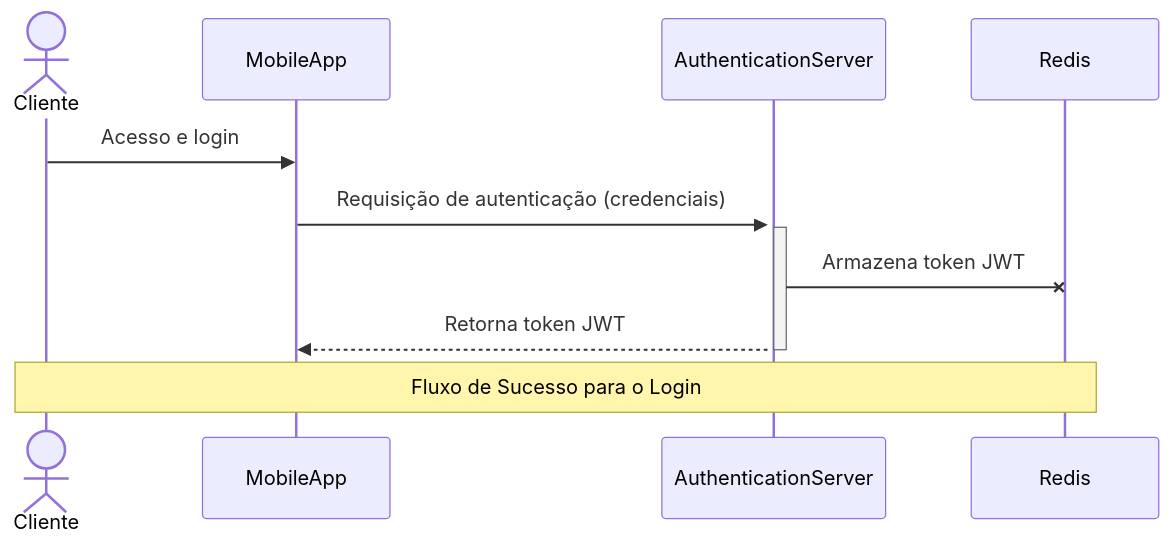
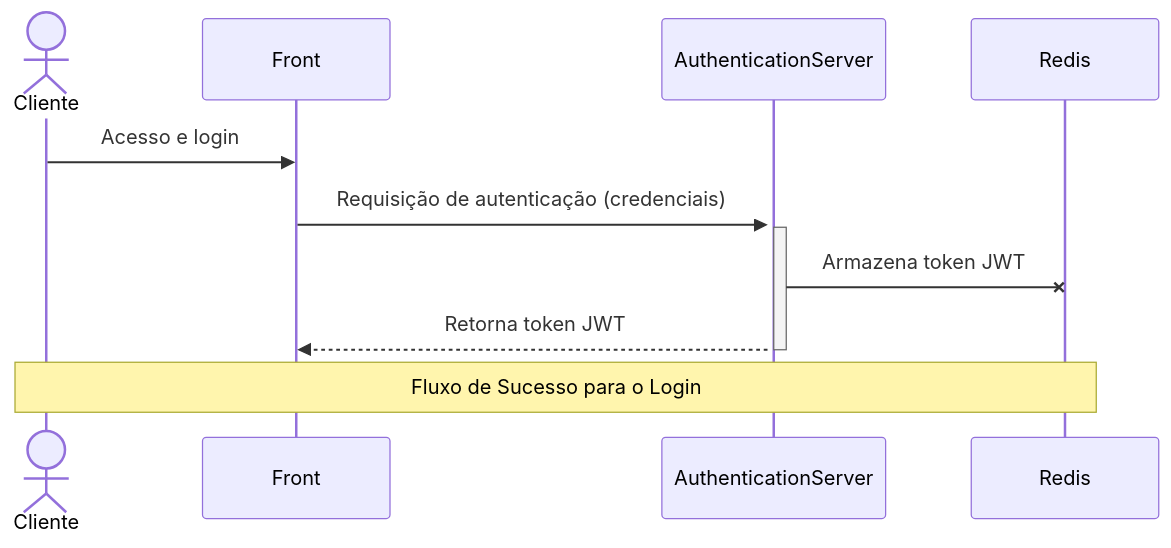
The first of 4 diagrams in README.md (thiagocbcunha/arch-solution), drawn with Mermaid before and after one commit. The commit also changed other lines of this file, not shown here.

````diff
--- a/README.md
+++ b/README.md
@@ -257,15 +259,15 @@
 ```mermaid
 sequenceDiagram
     actor Cliente
-    participant MobileApp
+    participant Front
     participant AuthenticationServer
     participant Redis
 
-    Cliente->>MobileApp: Acesso e login
-    MobileApp->>+AuthenticationServer: Requisição de autenticação (credenciais)
+    Cliente->>Front: Acesso e login
+    Front->>+AuthenticationServer: Requisição de autenticação (credenciais)
     activate AuthenticationServer
     AuthenticationServer-xRedis: Armazena token JWT
-    AuthenticationServer-->>-MobileApp: Retorna token JWT
+    AuthenticationServer-->>-Front: Retorna token JWT
 
     Note over Cliente, Redis: Fluxo de Sucesso para o Login
 ```
````
